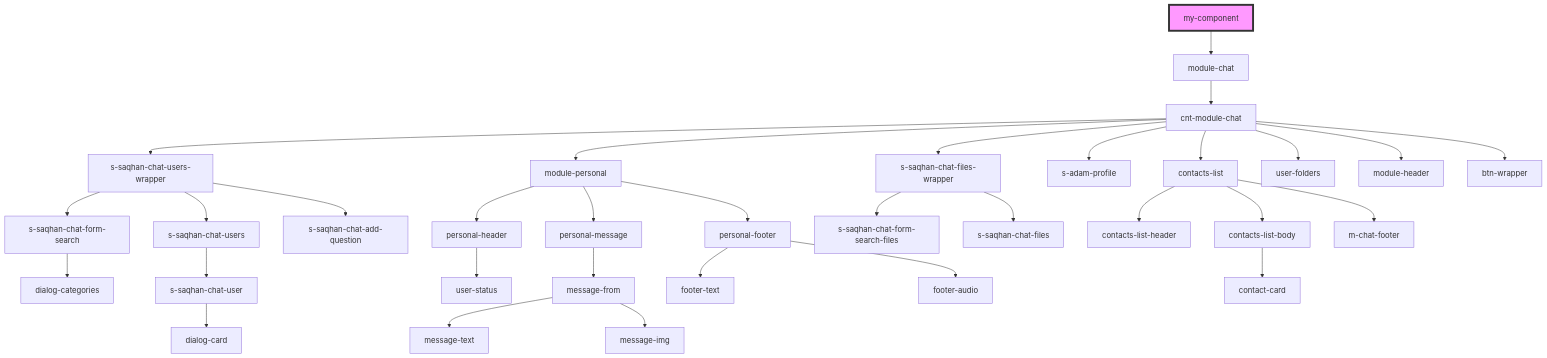
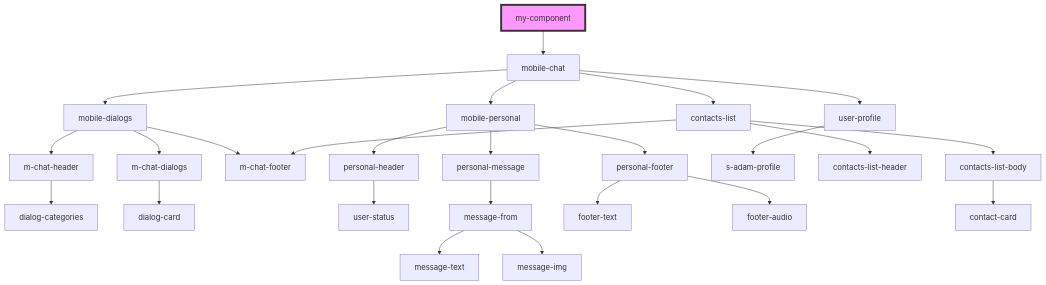
The diagram in src/components/my-component/readme.md (saqhan/stencil-chat), drawn with Mermaid before and after one commit. The commit also changed other lines of this file and 6 other files, not shown here.

````diff
--- a/src/components/my-component/readme.md
+++ b/src/components/my-component/readme.md
@@ -13,35 +13,28 @@
 ```mermaid
 graph TD;
-  my-component --> module-chat
-  module-chat --> cnt-module-chat
-  cnt-module-chat --> s-saqhan-chat-users-wrapper
-  cnt-module-chat --> module-personal
-  cnt-module-chat --> s-saqhan-chat-files-wrapper
-  cnt-module-chat --> s-adam-profile
-  cnt-module-chat --> contacts-list
-  cnt-module-chat --> user-folders
-  cnt-module-chat --> module-header
-  cnt-module-chat --> btn-wrapper
-  s-saqhan-chat-users-wrapper --> s-saqhan-chat-form-search
-  s-saqhan-chat-users-wrapper --> s-saqhan-chat-users
-  s-saqhan-chat-users-wrapper --> s-saqhan-chat-add-question
-  s-saqhan-chat-form-search --> dialog-categories
-  s-saqhan-chat-users --> s-saqhan-chat-user
-  s-saqhan-chat-user --> dialog-card
-  module-personal --> personal-header
-  module-personal --> personal-message
-  module-personal --> personal-footer
+  my-component --> mobile-chat
+  mobile-chat --> mobile-dialogs
+  mobile-chat --> mobile-personal
+  mobile-chat --> user-profile
+  mobile-chat --> contacts-list
+  mobile-dialogs --> m-chat-header
+  mobile-dialogs --> m-chat-dialogs
+  mobile-dialogs --> m-chat-footer
+  m-chat-header --> dialog-categories
+  m-chat-dialogs --> dialog-card
+  mobile-personal --> personal-header
+  mobile-personal --> personal-message
+  mobile-personal --> personal-footer
   personal-header --> user-status
   personal-message --> message-from
   message-from --> message-text
   message-from --> message-img
   personal-footer --> footer-text
   personal-footer --> footer-audio
-  s-saqhan-chat-files-wrapper --> s-saqhan-chat-form-search-files
-  s-saqhan-chat-files-wrapper --> s-saqhan-chat-files
+  user-profile --> s-adam-profile
   contacts-list --> contacts-list-header
   contacts-list --> contacts-list-body
   contacts-list --> m-chat-footer
   contacts-list-body --> contact-card
   style my-component fill:#f9f,stroke:#333,stroke-width:4px
 ```
````
